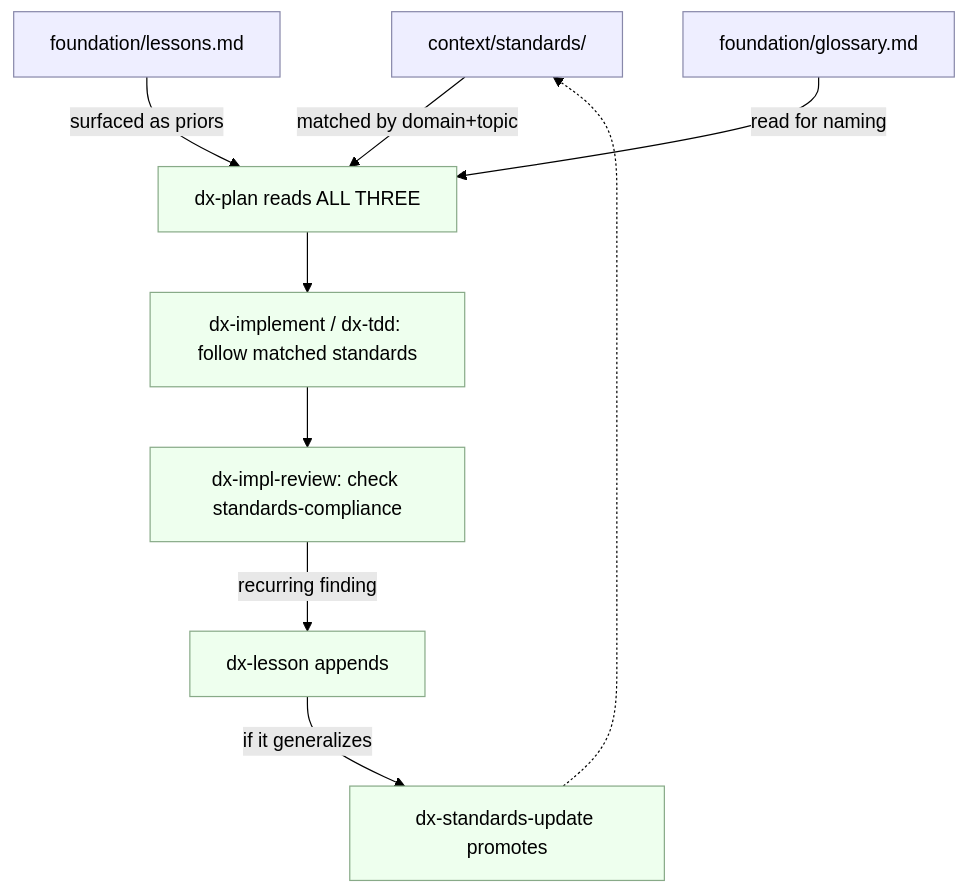
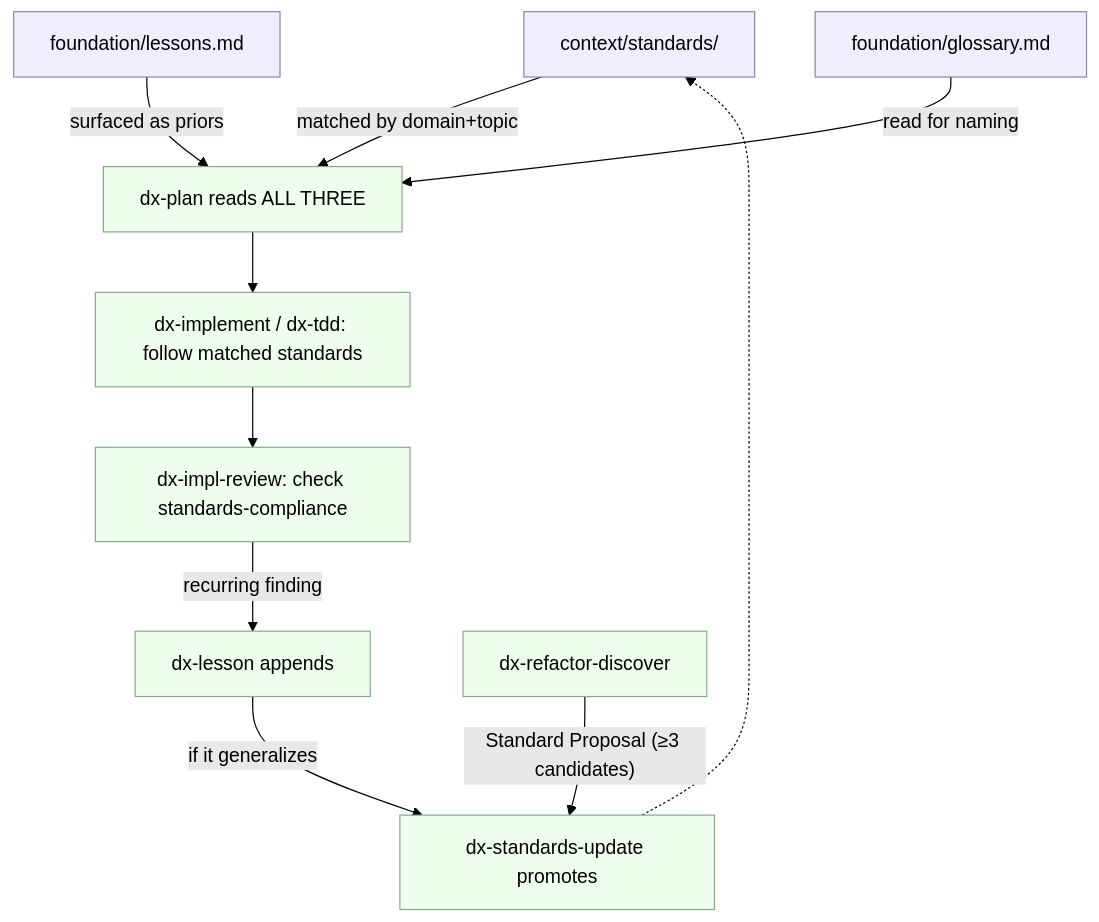
Before and after one commit to dikamilo/dx-workflow: the diagram in docs/explanation/knowledge-layer.md, drawn with Mermaid (forest theme). The commit also changed other lines of this file and 26 other files, not shown here.

````diff
--- a/docs/explanation/knowledge-layer.md
+++ b/docs/explanation/knowledge-layer.md
@@ -136,20 +130,21 @@
 ```mermaid
 flowchart TD
   S["context/standards/"]:::src
   L["foundation/lessons.md"]:::src
   G["foundation/glossary.md"]:::src
 
   S -- "matched by domain+topic" --> P
   L -- "surfaced as priors" --> P
   G -- "read for naming" --> P
 
   P["dx-plan reads ALL THREE"]:::step
   P --> I["dx-implement / dx-tdd: follow matched standards"]:::step
   I --> R["dx-impl-review: check standards-compliance"]:::step
   R -- "recurring finding" --> LS["dx-lesson appends"]:::step
   LS -- "if it generalizes" --> SU["dx-standards-update promotes"]:::step
+  RD["dx-refactor-discover"]:::step -- "Standard Proposal (≥3 candidates)" --> SU
   SU -.-> S
 
   classDef src fill:#eef,stroke:#88a
   classDef step fill:#efe,stroke:#8a8
 ```
````
